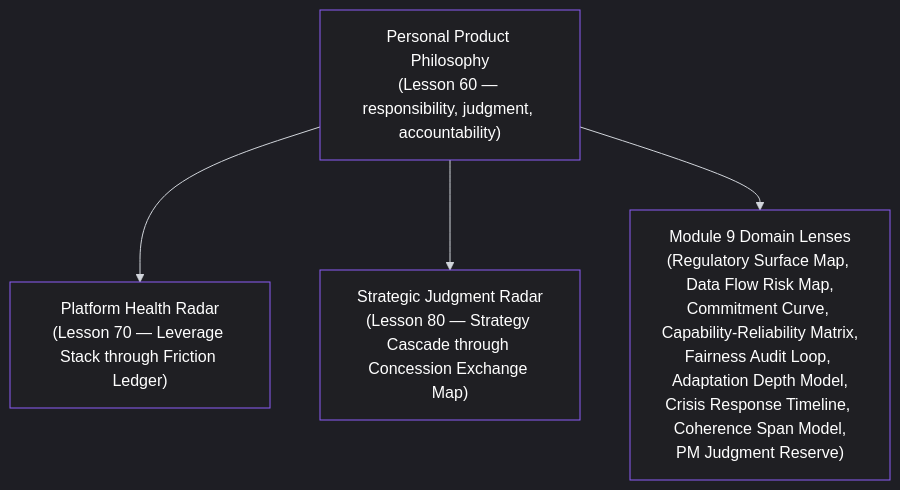
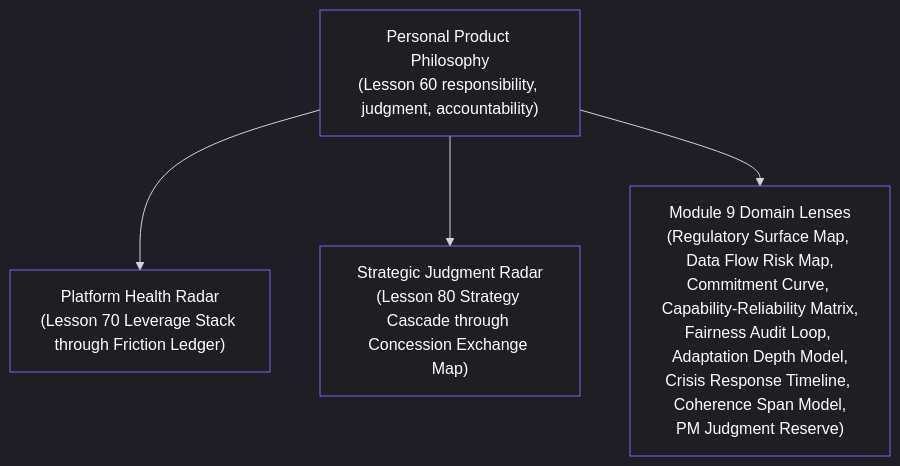
One commit to pmacademy-app/web changed the diagram in content/lessons/lesson-090.md. Above: the diagram before and after it, drawn with Mermaid. The commit also changed other lines of this file and 90 other files, not shown here.

````diff
--- a/content/lessons/lesson-090.md
+++ b/content/lessons/lesson-090.md
@@ -53,37 +53,37 @@
 ```mermaid
 %%{init: {
   "theme": "dark",
   "themeVariables": {
     "background": "#0b0b0c",
     "primaryColor": "#1f1f23",
     "primaryTextColor": "#ffffff",
     "primaryBorderColor": "#8b5cf6",
     "lineColor": "#d1d5db",
     "secondaryColor": "#18181b",
     "tertiaryColor": "#111111",
     "mainBkg": "#1f1f23",
     "nodeBorder": "#8b5cf6",
     "clusterBkg": "#000000",
     "clusterBorder": "#27272a",
     "titleColor": "#ffffff",
     "edgeLabelBackground": "#0b0b0c",
     "nodeTextColor": "#ffffff",
     "edgeLabelColor": "#ffffff",
     "actorBorder": "#8b5cf6",
     "actorBkg": "#1f1f23",
     "actorTextColor": "#ffffff",
     "sequenceNumberColor": "#ffffff",
     "signalColor": "#8b5cf6",
     "signalTextColor": "#ffffff",
     "textColor": "#ffffff",
     "classText": "#ffffff",
     "classBorder": "#8b5cf6",
     "classBkg": "#1f1f23"
   }
 }}%%
 graph TD
-    Center["Personal Product Philosophy<br/>(Lesson 60 — responsibility, judgment, accountability)"]
-    Center --> P["Platform Health Radar<br/>(Lesson 70 — Leverage Stack through Friction Ledger)"]
-    Center --> S["Strategic Judgment Radar<br/>(Lesson 80 — Strategy Cascade through Concession Exchange Map)"]
+    Center["Personal Product Philosophy<br/>(Lesson 60 responsibility, judgment, accountability)"]
+    Center --> P["Platform Health Radar<br/>(Lesson 70 Leverage Stack through Friction Ledger)"]
+    Center --> S["Strategic Judgment Radar<br/>(Lesson 80 Strategy Cascade through Concession Exchange Map)"]
     Center --> D["Module 9 Domain Lenses<br/>(Regulatory Surface Map, Data Flow Risk Map,<br/>Commitment Curve, Capability-Reliability Matrix,<br/>Fairness Audit Loop, Adaptation Depth Model,<br/>Crisis Response Timeline, Coherence Span Model,<br/>PM Judgment Reserve)"]
 ```
````
